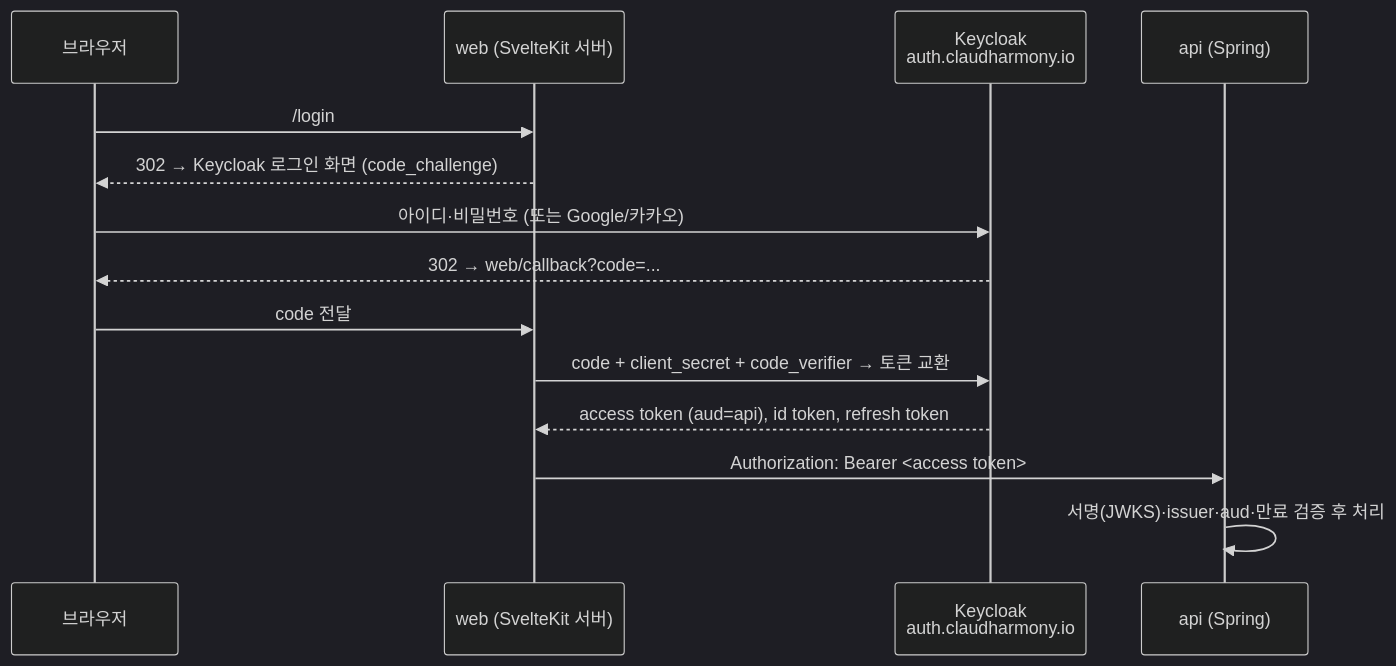
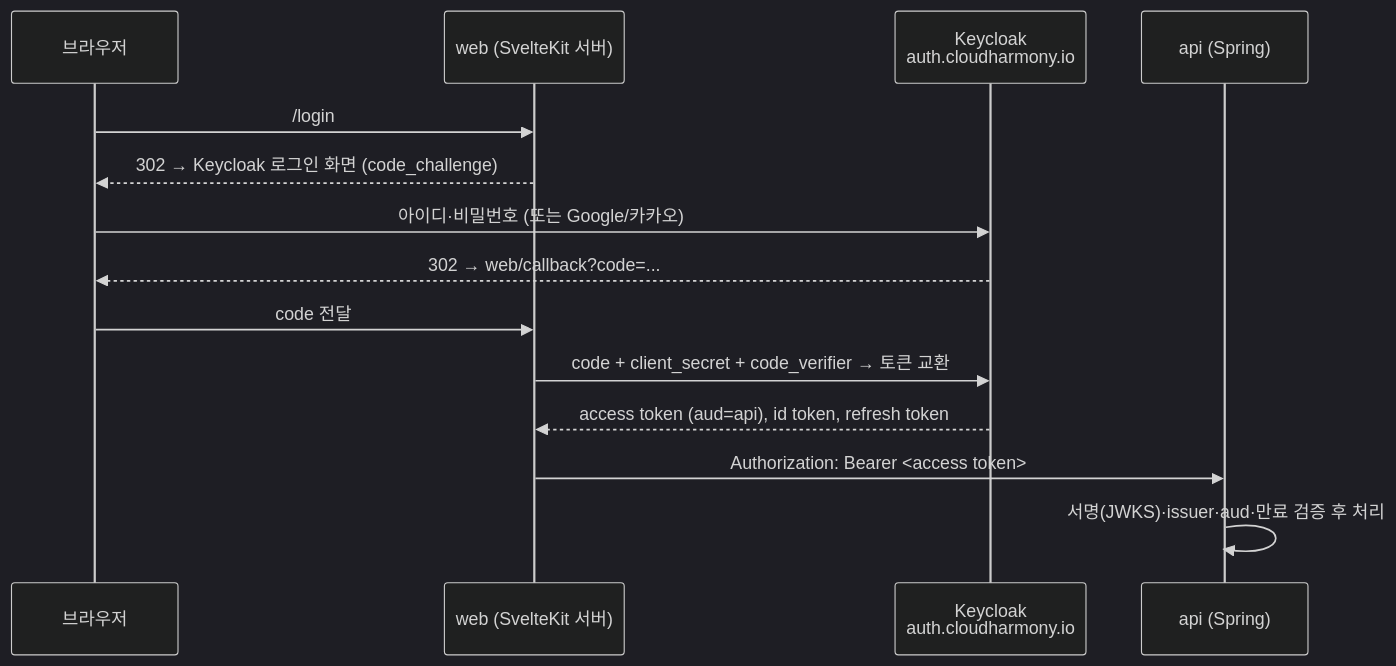
Before and after one commit to ParkSeWoo/claudharmony-infra: the first of 2 diagrams in docs/12-identity.md, drawn with Mermaid (dark theme). The commit also changed other lines of this file and 10 other files, not shown here.

````diff
--- a/docs/12-identity.md
+++ b/docs/12-identity.md
@@ -32,16 +32,16 @@
 ```mermaid
 sequenceDiagram
     participant U as 브라우저
     participant W as web (SvelteKit 서버)
-    participant K as Keycloak<br/>auth.claudharmony.io
+    participant K as Keycloak<br/>auth.cloudharmony.io
     participant A as api (Spring)
     U->>W: /login
     W-->>U: 302 → Keycloak 로그인 화면 (code_challenge)
     U->>K: 아이디·비밀번호 (또는 Google/카카오)
     K-->>U: 302 → web/callback?code=...
     U->>W: code 전달
     W->>K: code + client_secret + code_verifier → 토큰 교환
     K-->>W: access token (aud=api), id token, refresh token
     W->>A: Authorization: Bearer <access token>
     A->>A: 서명(JWKS)·issuer·aud·만료 검증 후 처리
 ```
````
